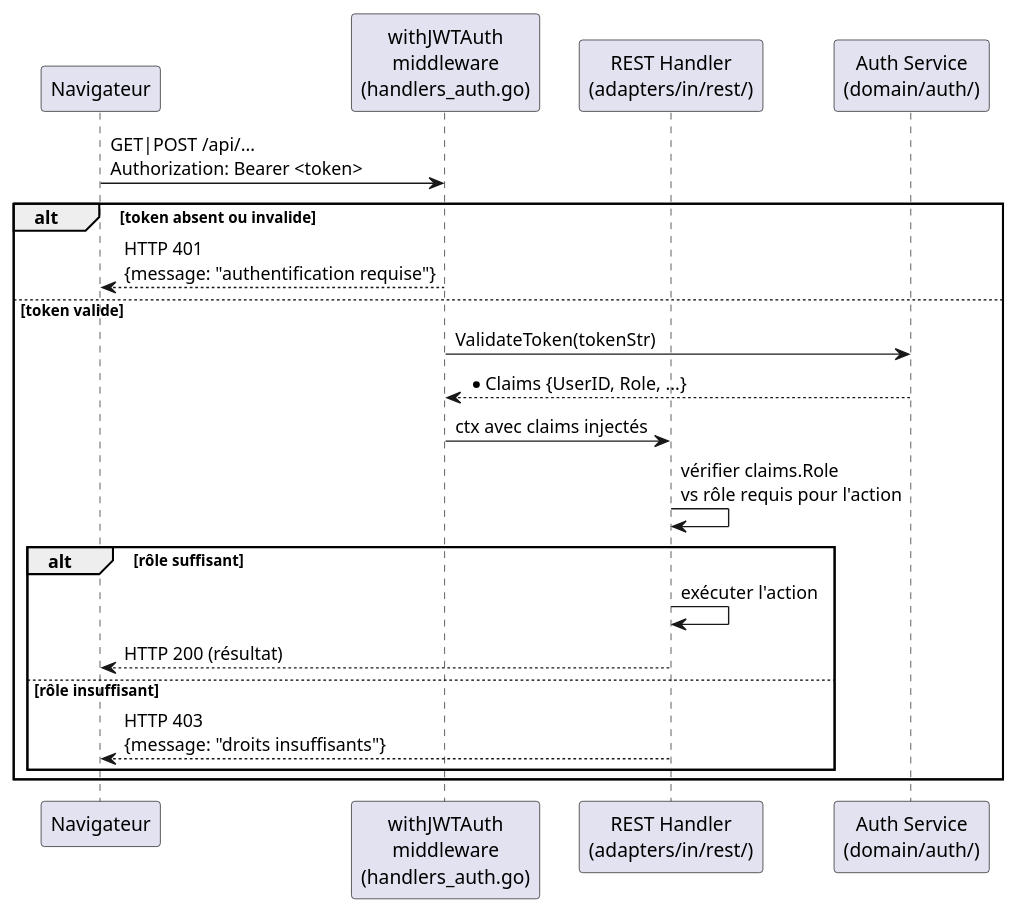
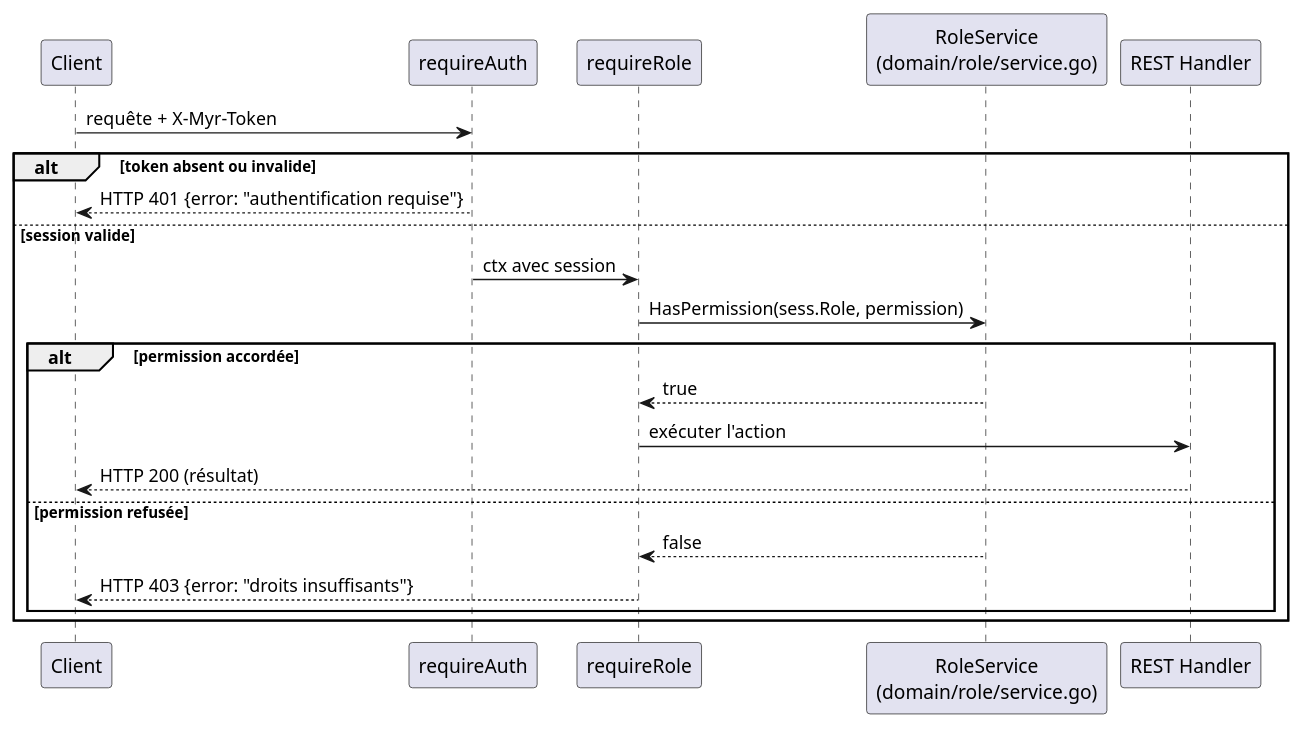
The second of 2 diagrams in specs/2-Analyse/UCA-Compte_et_Acces/UCA05.md (olivaux/myr), drawn with PlantUML before and after one commit. The commit also changed other lines of this file and 72 other files, not shown here.

````diff
--- a/specs/2-Analyse/UCA-Compte_et_Acces/UCA05.md
+++ b/specs/2-Analyse/UCA-Compte_et_Acces/UCA05.md
@@ -94,25 +82,25 @@
 ```plantuml
 @startuml
-participant "Navigateur" as Browser
-participant "withJWTAuth\nmiddleware\n(handlers_auth.go)" as Middleware
-participant "REST Handler\n(adapters/in/rest/)" as REST
-participant "Auth Service\n(domain/auth/)" as Service
+participant "Client" as Client
+participant "requireAuth" as Auth
+participant "requireRole" as RoleMW
+participant "RoleService\n(domain/role/service.go)" as RoleSvc
+participant "REST Handler" as REST
 
-Browser -> Middleware : GET|POST /api/... \nAuthorization: Bearer <token>
-
+Client -> Auth : requête + X-Myr-Token
 alt token absent ou invalide
-  Middleware --> Browser : HTTP 401\n{message: "authentification requise"}
-else token valide
-  Middleware -> Service : ValidateToken(tokenStr)
-  Service --> Middleware : *Claims {UserID, Role, ...}
-  Middleware -> REST : ctx avec claims injectés
-  REST -> REST : vérifier claims.Role\nvs rôle requis pour l'action
-  alt rôle suffisant
-    REST -> REST : exécuter l'action
-    REST --> Browser : HTTP 200 (résultat)
-  else rôle insuffisant
-    REST --> Browser : HTTP 403\n{message: "droits insuffisants"}
+  Auth --> Client : HTTP 401 {error: "authentification requise"}
+else session valide
+  Auth -> RoleMW : ctx avec session
+  RoleMW -> RoleSvc : HasPermission(sess.Role, permission)
+  alt permission accordée
+    RoleSvc --> RoleMW : true
+    RoleMW -> REST : exécuter l'action
+    REST --> Client : HTTP 200 (résultat)
+  else permission refusée
+    RoleSvc --> RoleMW : false
+    RoleMW --> Client : HTTP 403 {error: "droits insuffisants"}
   end
 end
 @enduml
 ```
````
